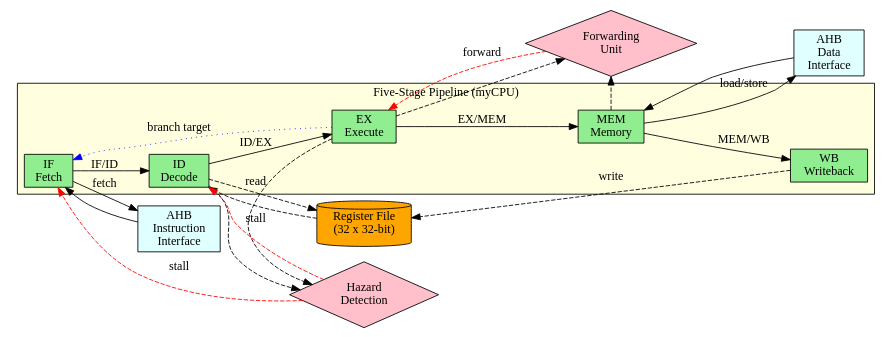
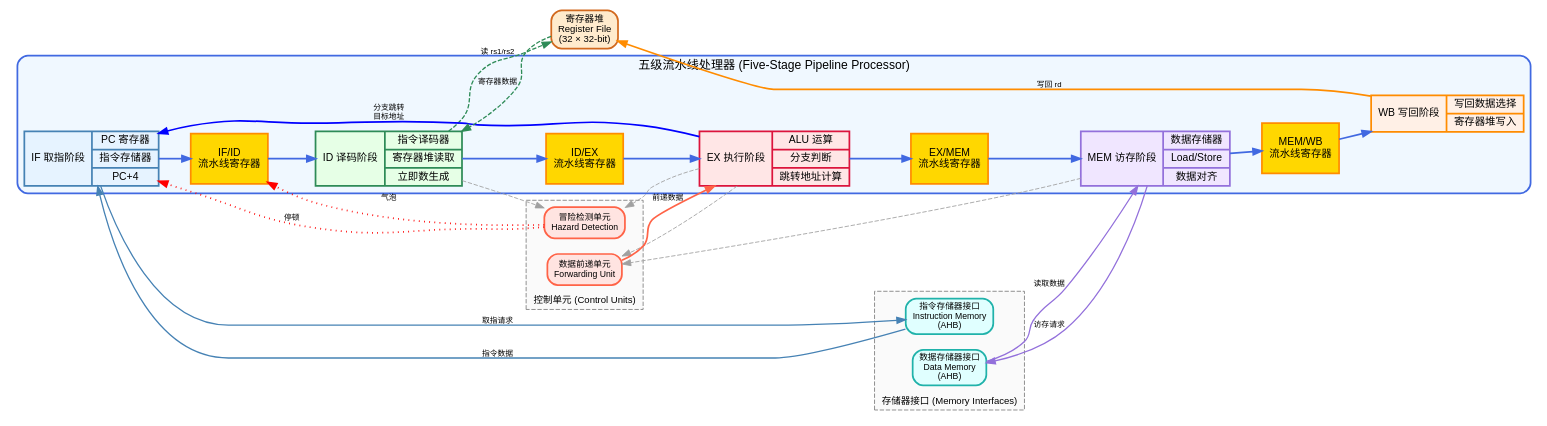
One commit to Narwhal-Wu/LibreCore changed the diagram in report/rtl_diagrams/pipeline_architecture.dot. Above: the diagram before and after it, drawn with Graphviz. The commit also changed 14 other files, not shown here.

Commit message:
Improve block diagrams with cleaner digital circuit style

```diff
--- a/report/rtl_diagrams/pipeline_architecture.dot
+++ b/report/rtl_diagrams/pipeline_architecture.dot
@@ -1,57 +1,140 @@
-digraph architecture {
+digraph pipeline_architecture {
     rankdir=LR;
-    node [shape=box, style=filled, fillcolor=lightblue];
+    bgcolor="white";
+    node [fontname="Arial", fontsize=12];
+    edge [fontname="Arial", fontsize=10];
     
-    // Five Pipeline Stages
+    // Define subgraph for pipeline stages
     subgraph cluster_pipeline {
-        label="Five-Stage Pipeline (myCPU)";
-        style=filled;
-        fillcolor=lightyellow;
+        label="五级流水线处理器 (Five-Stage Pipeline Processor)";
+        labelloc="t";
+        fontname="Arial";
+        fontsize=14;
+        style="rounded,filled";
+        fillcolor="#f0f8ff";
+        color="#4169e1";
+        penwidth=2;
         
-        IF [label="IF\nFetch", fillcolor=lightgreen];
-        ID [label="ID\nDecode", fillcolor=lightgreen];
-        EX [label="EX\nExecute", fillcolor=lightgreen];
-        MEM [label="MEM\nMemory", fillcolor=lightgreen];
-        WB [label="WB\nWriteback", fillcolor=lightgreen];
+        // Pipeline registers as separators
+        node [shape=record, style="filled", fillcolor="#fff8dc", color="#ff8c00", penwidth=2];
         
-        IF -> ID [label="IF/ID"];
-        ID -> EX [label="ID/EX"];
-        EX -> MEM [label="EX/MEM"];
-        MEM -> WB [label="MEM/WB"];
+        // Stage 1: Instruction Fetch
+        IF [label="{<title>IF 取指阶段|{PC 寄存器|指令存储器|PC+4}}",
+            fillcolor="#e6f3ff", color="#4682b4", penwidth=2];
+        
+        IFID [label="IF/ID\n流水线寄存器", shape=box, fillcolor="#ffd700", 
+              color="#ff8c00", penwidth=2, height=0.8];
+        
+        // Stage 2: Instruction Decode
+        ID [label="{<title>ID 译码阶段|{指令译码器|寄存器堆读取|立即数生成}}",
+            fillcolor="#e6ffe6", color="#2e8b57", penwidth=2];
+        
+        IDEX [label="ID/EX\n流水线寄存器", shape=box, fillcolor="#ffd700",
+              color="#ff8c00", penwidth=2, height=0.8];
+        
+        // Stage 3: Execute
+        EX [label="{<title>EX 执行阶段|{ALU 运算|分支判断|跳转地址计算}}",
+            fillcolor="#ffe6e6", color="#dc143c", penwidth=2];
+        
+        EXMEM [label="EX/MEM\n流水线寄存器", shape=box, fillcolor="#ffd700",
+               color="#ff8c00", penwidth=2, height=0.8];
+        
+        // Stage 4: Memory Access
+        MEM [label="{<title>MEM 访存阶段|{数据存储器|Load/Store|数据对齐}}",
+             fillcolor="#f0e6ff", color="#9370db", penwidth=2];
+        
+        MEMWB [label="MEM/WB\n流水线寄存器", shape=box, fillcolor="#ffd700",
+               color="#ff8c00", penwidth=2, height=0.8];
+        
+        // Stage 5: Write Back
+        WB [label="{<title>WB 写回阶段|{写回数据选择|寄存器堆写入}}",
+            fillcolor="#fff0e6", color="#ff8c00", penwidth=2];
+        
+        // Main pipeline flow
+        IF -> IFID [penwidth=2, color="#4169e1"];
+        IFID -> ID [penwidth=2, color="#4169e1"];
+        ID -> IDEX [penwidth=2, color="#4169e1"];
+        IDEX -> EX [penwidth=2, color="#4169e1"];
+        EX -> EXMEM [penwidth=2, color="#4169e1"];
+        EXMEM -> MEM [penwidth=2, color="#4169e1"];
+        MEM -> MEMWB [penwidth=2, color="#4169e1"];
+        MEMWB -> WB [penwidth=2, color="#4169e1"];
     }
     
+    // External components
+    node [shape=box, style="rounded,filled"];
+    
     // Register File
-    RF [label="Register File\n(32 x 32-bit)", shape=cylinder, fillcolor=orange];
+    RF [label="寄存器堆\nRegister File\n(32 × 32-bit)", 
+        fillcolor="#ffebcd", color="#d2691e", penwidth=2, fontsize=11];
     
-    // Forwarding Unit
-    FWD [label="Forwarding\nUnit", shape=diamond, fillcolor=pink];
+    // Control Units
+    subgraph cluster_control {
+        label="控制单元 (Control Units)";
+        labelloc="b";
+        fontname="Arial";
+        fontsize=11;
+        style="dashed,filled";
+        fillcolor="#fafafa";
+        color="#808080";
+        
+        FWD [label="数据前递单元\nForwarding Unit", 
+             fillcolor="#ffe4e1", color="#ff6347", penwidth=2,
+             shape=box, style="rounded,filled", fontsize=10];
+        
+        HAZ [label="冒险检测单元\nHazard Detection", 
+             fillcolor="#ffe4e1", color="#ff6347", penwidth=2,
+             shape=box, style="rounded,filled", fontsize=10];
+    }
     
-    // Hazard Detection
-    HAZ [label="Hazard\nDetection", shape=diamond, fillcolor=pink];
+    // Memory Interfaces
+    subgraph cluster_memory {
+        label="存储器接口 (Memory Interfaces)";
+        labelloc="b";
+        fontname="Arial";
+        fontsize=11;
+        style="dashed,filled";
+        fillcolor="#fafafa";
+        color="#808080";
+        
+        IMEM [label="指令存储器接口\nInstruction Memory\n(AHB)", 
+              fillcolor="#e0ffff", color="#20b2aa", penwidth=2,
+              shape=box, style="rounded,filled", fontsize=10];
+        
+        DMEM [label="数据存储器接口\nData Memory\n(AHB)", 
+              fillcolor="#e0ffff", color="#20b2aa", penwidth=2,
+              shape=box, style="rounded,filled", fontsize=10];
+    }
     
-    // AHB Interfaces
-    AHB_I [label="AHB\nInstruction\nInterface", fillcolor=lightcyan];
-    AHB_D [label="AHB\nData\nInterface", fillcolor=lightcyan];
+    // Connections - Register File
+    ID -> RF [label="读 rs1/rs2", style="dashed", color="#2e8b57", 
+              penwidth=1.5, fontsize=9];
+    RF -> ID [label="寄存器数据", style="dashed", color="#2e8b57", 
+              penwidth=1.5, fontsize=9];
+    WB -> RF [label="写回 rd", style="bold", color="#ff8c00", 
+              penwidth=2, fontsize=9];
     
-    // Connections
-    ID -> RF [label="read", style=dashed];
-    WB -> RF [label="write", style=dashed];
-    RF -> ID [style=dashed];
+    // Connections - Forwarding
+    EX -> FWD [style="dashed", color="#a0a0a0", penwidth=1];
+    MEM -> FWD [style="dashed", color="#a0a0a0", penwidth=1];
+    FWD -> EX [label="前递数据", style="bold", color="#ff6347", 
+               penwidth=2, fontsize=9];
     
-    EX -> FWD [style=dashed];
-    MEM -> FWD [style=dashed];
-    FWD -> EX [label="forward", style=dashed, color=red];
+    // Connections - Hazard Detection
+    ID -> HAZ [style="dashed", color="#a0a0a0", penwidth=1];
+    EX -> HAZ [style="dashed", color="#a0a0a0", penwidth=1];
+    HAZ -> IF [label="停顿", style="dotted", color="#ff0000", 
+               penwidth=2, fontsize=9];
+    HAZ -> IFID [label="气泡", style="dotted", color="#ff0000", 
+                 penwidth=2, fontsize=9];
     
-    ID -> HAZ [style=dashed];
-    EX -> HAZ [style=dashed];
-    HAZ -> IF [label="stall", style=dashed, color=red];
-    HAZ -> ID [label="stall", style=dashed, color=red];
-    
-    IF -> AHB_I [label="fetch"];
-    MEM -> AHB_D [label="load/store"];
-    AHB_I -> IF;
-    AHB_D -> MEM;
+    // Connections - Memory Interfaces
+    IF -> IMEM [label="取指请求", color="#4682b4", penwidth=1.5, fontsize=9];
+    IMEM -> IF [label="指令数据", color="#4682b4", penwidth=1.5, fontsize=9];
+    MEM -> DMEM [label="访存请求", color="#9370db", penwidth=1.5, fontsize=9];
+    DMEM -> MEM [label="读取数据", color="#9370db", penwidth=1.5, fontsize=9];
     
     // Branch feedback
-    EX -> IF [label="branch target", style=dotted, color=blue];
+    EX -> IF [label="分支跳转\n目标地址", style="bold", color="#0000ff", 
+              penwidth=2, fontsize=9, constraint=false];
 }
```
